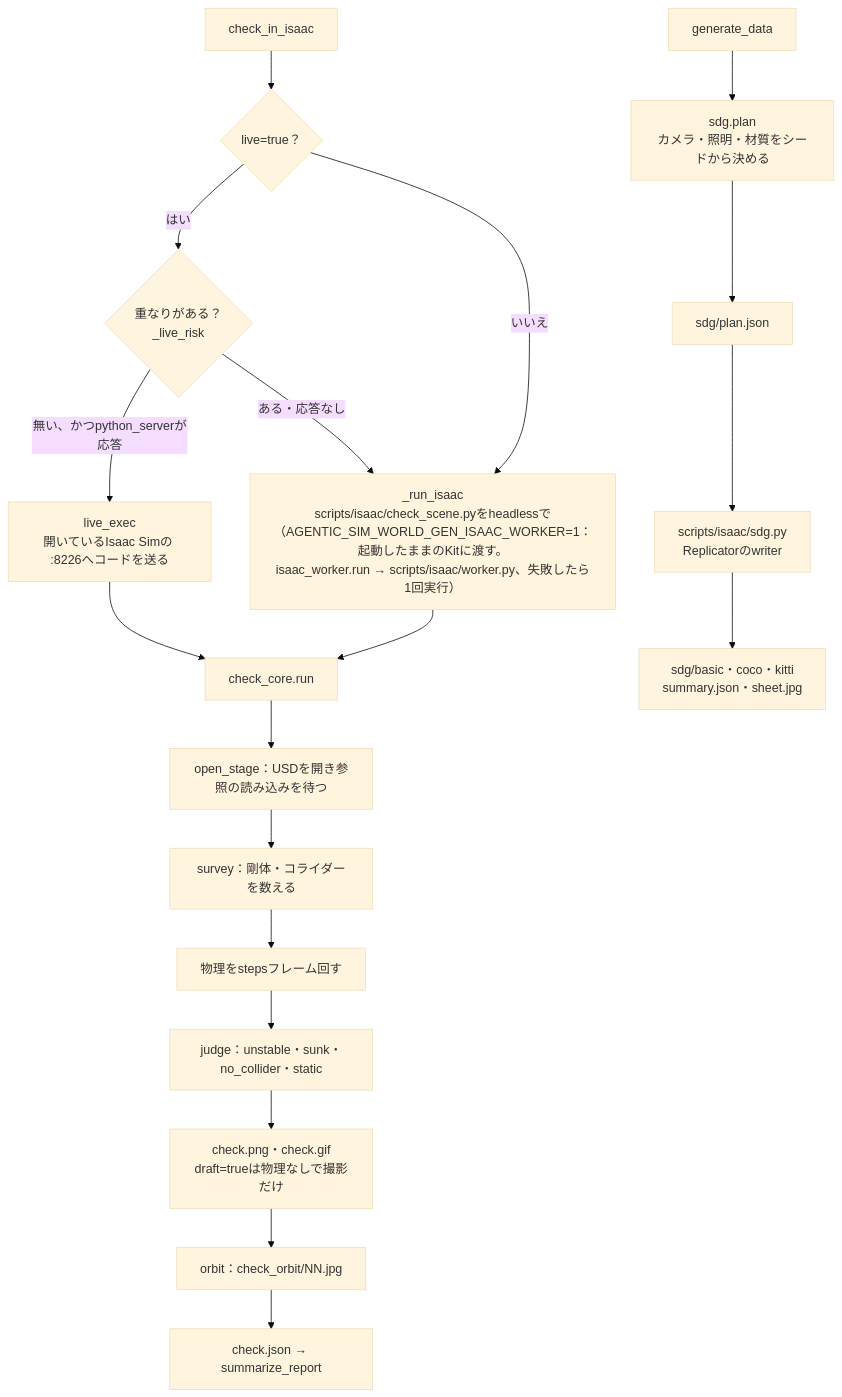
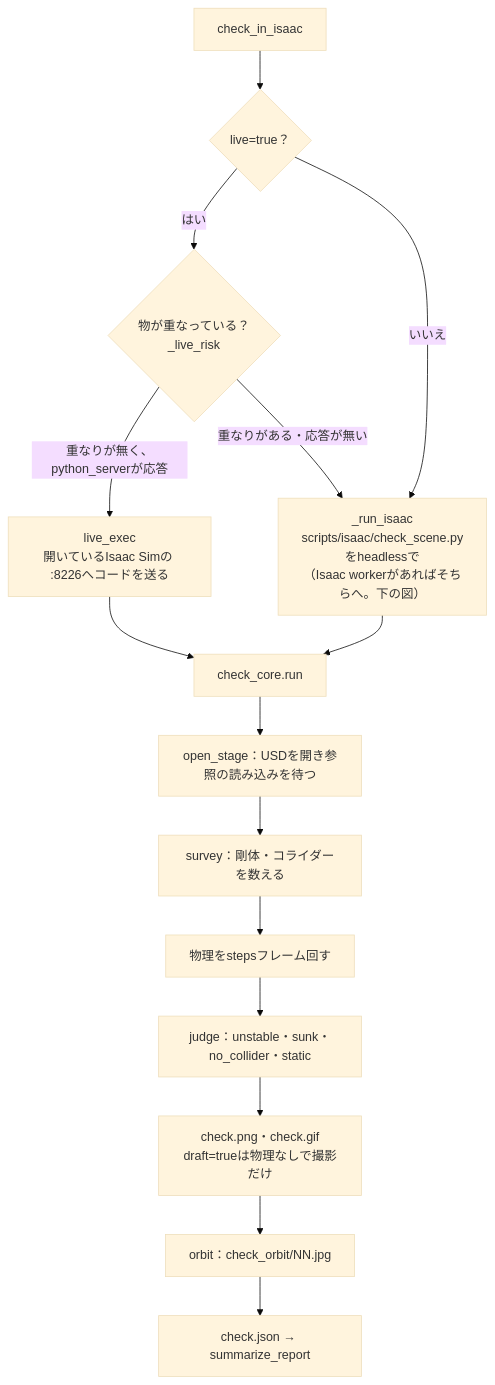
One commit to atinfinity/agentic-sim-world-gen changed the eighth of 13 diagrams in docs/architecture.md. Above: the diagram before and after it, drawn with Mermaid (base theme). The commit also changed other lines of this file and 9 other files, not shown here.

First line of the commit message:
docs: clearer prose, fixed stale facts, more diagrams and tables

````diff
--- a/docs/architecture.md
+++ b/docs/architecture.md
@@ -358,22 +475,17 @@
 ```mermaid
 flowchart TD
     call["check_in_isaac"] --> live{"live=true？"}
-    live -->|"はい"| risk{"重なりがある？<br/>_live_risk"}
-    risk -->|"無い、かつpython_serverが応答"| lx["live_exec<br/>開いているIsaac Simの :8226へコードを送る"]
-    risk -->|"ある・応答なし"| hl
-    live -->|"いいえ"| hl["_run_isaac<br/>scripts/isaac/check_scene.pyをheadlessで<br/>（AGENTIC_SIM_WORLD_GEN_ISAAC_WORKER=1：起動したままのKitに渡す。<br/>isaac_worker.run → scripts/isaac/worker.py、失敗したら1回実行）"]
+    live -->|"はい"| risk{"物が重なっている？<br/>_live_risk"}
+    risk -->|"重なりが無く、python_serverが応答"| lx["live_exec<br/>開いているIsaac Simの :8226へコードを送る"]
+    risk -->|"重なりがある・応答が無い"| hl
+    live -->|"いいえ"| hl["_run_isaac<br/>scripts/isaac/check_scene.pyをheadlessで<br/>（Isaac workerがあればそちらへ。下の図）"]
     lx --> core["check_core.run"]
     hl --> core
     core --> s1["open_stage：USDを開き参照の読み込みを待つ"]
     s1 --> s2["survey：剛体・コライダーを数える"]
     s2 --> s3["物理をstepsフレーム回す"]
     s3 --> s4["judge：unstable・sunk・no_collider・static"]
     s4 --> s5["check.png・check.gif<br/>draft=trueは物理なしで撮影だけ"]
     s5 --> s6["orbit：check_orbit/NN.jpg"]
     s6 --> rep["check.json → summarize_report"]
-
-    gen["generate_data"] --> sp["sdg.plan<br/>カメラ・照明・材質をシードから決める"]
-    sp --> pj["sdg/plan.json"]
-    pj --> rs["scripts/isaac/sdg.py<br/>Replicatorのwriter"]
-    rs --> out["sdg/basic・coco・kitti<br/>summary.json・sheet.jpg"]
 ```
````
